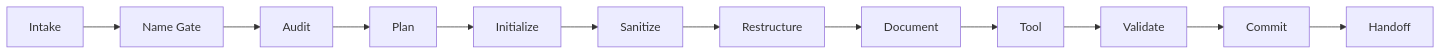
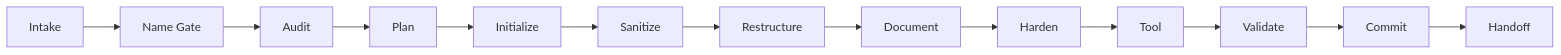
Before and after one commit to smeltery/skills: the first of 2 diagrams in skills/engineering/port/README.md, drawn with Mermaid. The commit also changed other lines of this file and 1 other file, not shown here.

Commit message:
feat: harden port skill docs phase

````diff
--- a/skills/engineering/port/README.md
+++ b/skills/engineering/port/README.md
@@ -20,14 +22,15 @@
 ```mermaid
 flowchart LR
   A[Intake] --> B[Name Gate]
   B --> C[Audit]
   C --> D[Plan]
   D --> E[Initialize]
   E --> F[Sanitize]
   F --> G[Restructure]
   G --> H[Document]
-  H --> I[Tool]
-  I --> J[Validate]
-  J --> K[Commit]
-  K --> L[Handoff]
+  H --> I[Harden]
+  I --> J[Tool]
+  J --> K[Validate]
+  K --> L[Commit]
+  L --> M[Handoff]
 ```
````
